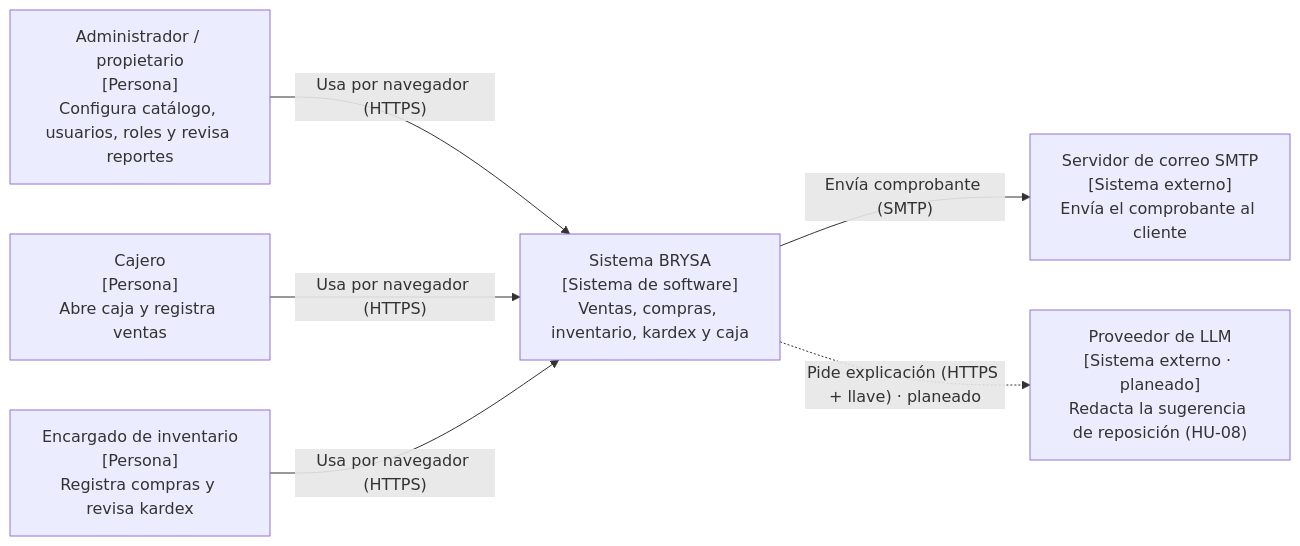
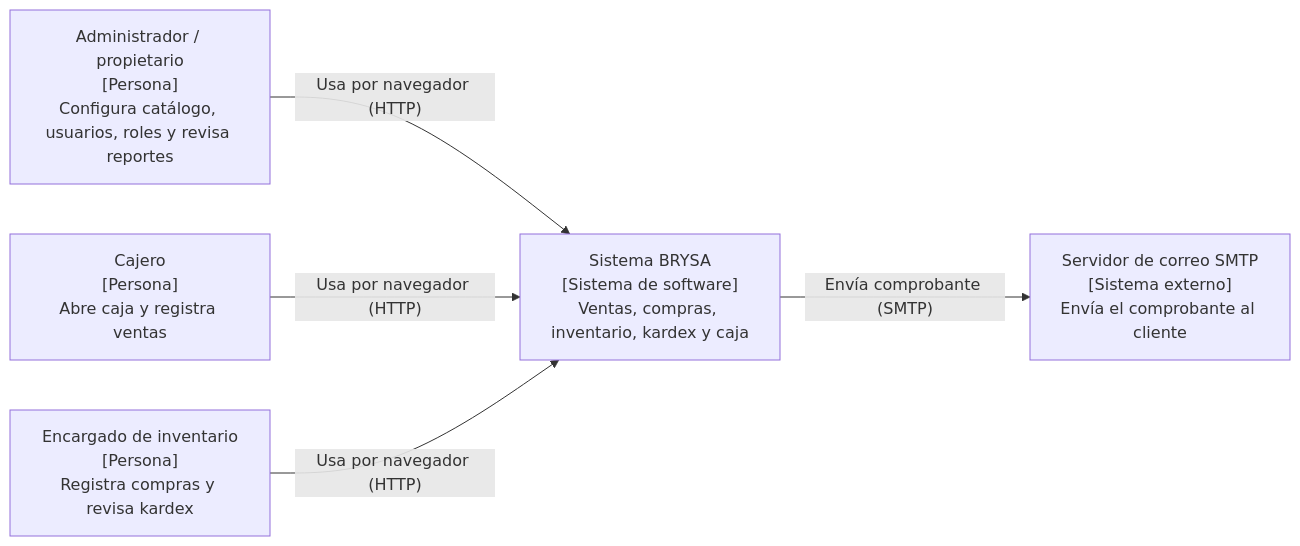
Before and after one commit to Ghost-sm/SistemaVentas: the first of 5 diagrams in docs/arquitectura.md, drawn with Mermaid. The commit also changed other lines of this file, not shown here.

Commit message:
docs: ajustar los diagramas a lo que existe en el código

````diff
--- a/docs/arquitectura.md
+++ b/docs/arquitectura.md
@@ -17,17 +17,15 @@
 ```mermaid
 flowchart LR
     ADM["Administrador / propietario<br/>[Persona]<br/>Configura catálogo, usuarios, roles y revisa reportes"]
     CAJ["Cajero<br/>[Persona]<br/>Abre caja y registra ventas"]
     INV["Encargado de inventario<br/>[Persona]<br/>Registra compras y revisa kardex"]
 
     SIS["Sistema BRYSA<br/>[Sistema de software]<br/>Ventas, compras, inventario, kardex y caja"]
 
     MAIL["Servidor de correo SMTP<br/>[Sistema externo]<br/>Envía el comprobante al cliente"]
-    LLM["Proveedor de LLM<br/>[Sistema externo · planeado]<br/>Redacta la sugerencia de reposición (HU-08)"]
 
-    ADM -->|"Usa por navegador (HTTPS)"| SIS
-    CAJ -->|"Usa por navegador (HTTPS)"| SIS
-    INV -->|"Usa por navegador (HTTPS)"| SIS
+    ADM -->|"Usa por navegador (HTTP)"| SIS
+    CAJ -->|"Usa por navegador (HTTP)"| SIS
+    INV -->|"Usa por navegador (HTTP)"| SIS
     SIS -->|"Envía comprobante (SMTP)"| MAIL
-    SIS -.->|"Pide explicación (HTTPS + llave) · planeado"| LLM
 ```
````
